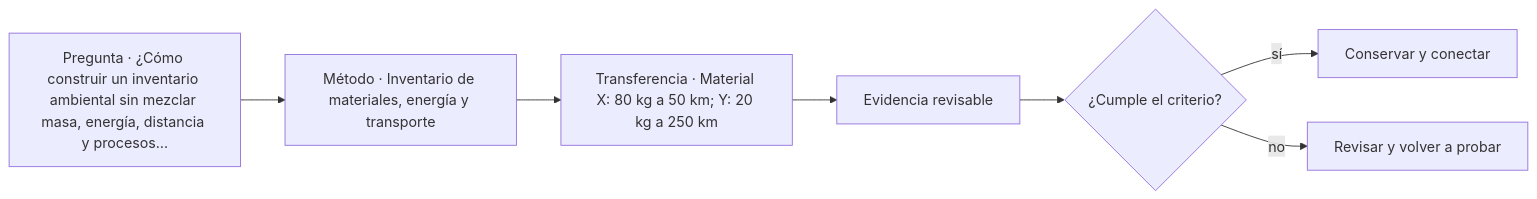
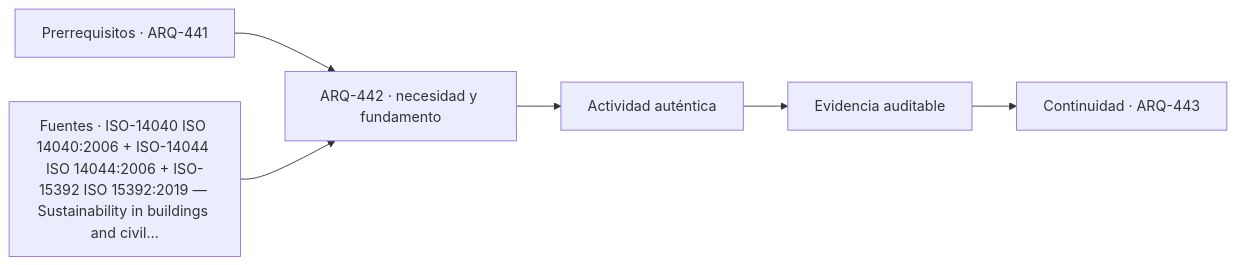
One commit to vladimiracunadev-create/architecture-built-environment-learning-program changed the diagram in classes/parte-45/ARQ-442.md. Above: the diagram before and after it, drawn with Mermaid. The commit also changed other lines of this file and 761 other files, not shown here.

````diff
--- a/classes/parte-45/ARQ-442.md
+++ b/classes/parte-45/ARQ-442.md
@@ -75,9 +87,8 @@
 ```mermaid
 flowchart LR
-    Q["Pregunta · ¿Cómo construir un inventario ambiental sin mezclar masa, energía, distancia y procesos…"] --> M["Método · Inventario de materiales, energía y transporte"]
-    M --> P["Transferencia · Material X: 80 kg a 50 km; Y: 20 kg a 250 km"]
-    P --> E["Evidencia revisable"]
-    E --> C{"¿Cumple el criterio?"}
-    C -->|sí| T["Conservar y conectar"]
-    C -->|no| R["Revisar y volver a probar"]
+    A["Prerrequisitos · ARQ-441"] --> B["ARQ-442 · necesidad y fundamento"]
+    S["Fuentes · ISO-14040 ISO 14040:2006 + ISO-14044 ISO 14044:2006 + ISO-15392 ISO 15392:2019 — Sustainability in buildings and civil…"] --> B
+    B --> C["Actividad auténtica"]
+    C --> D["Evidencia auditable"]
+    D --> E["Continuidad · ARQ-443"]
 ```
````
